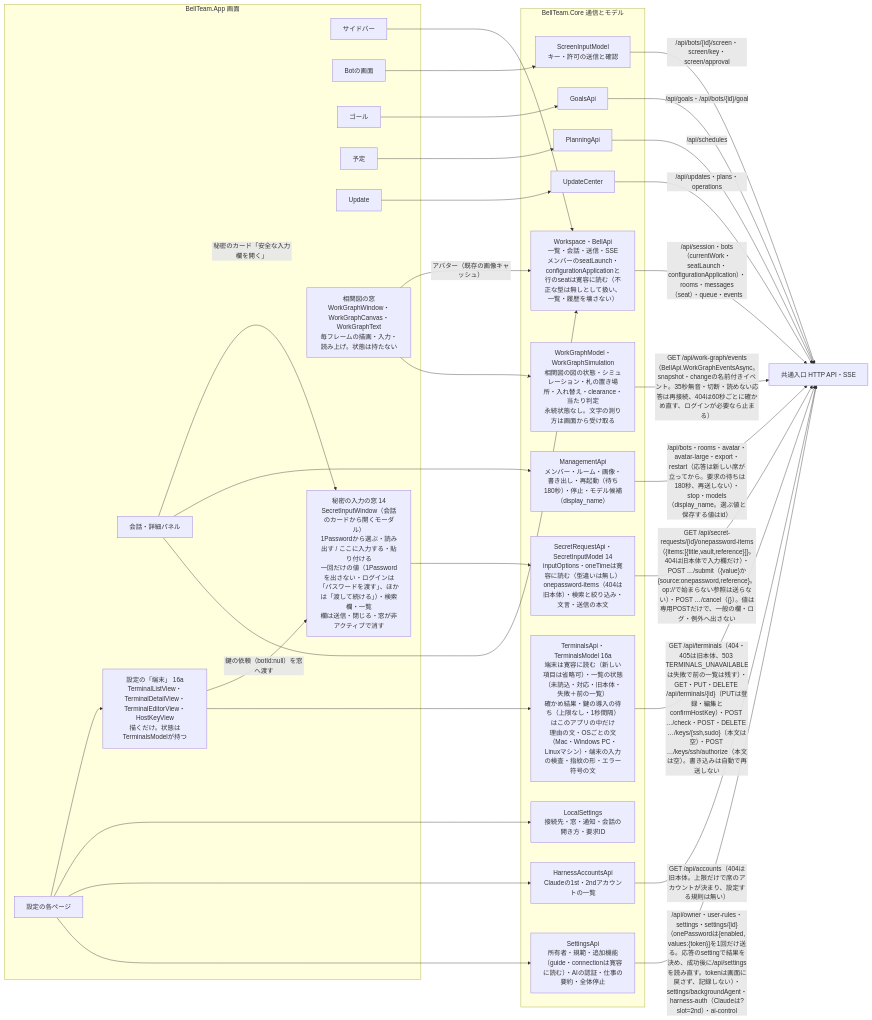
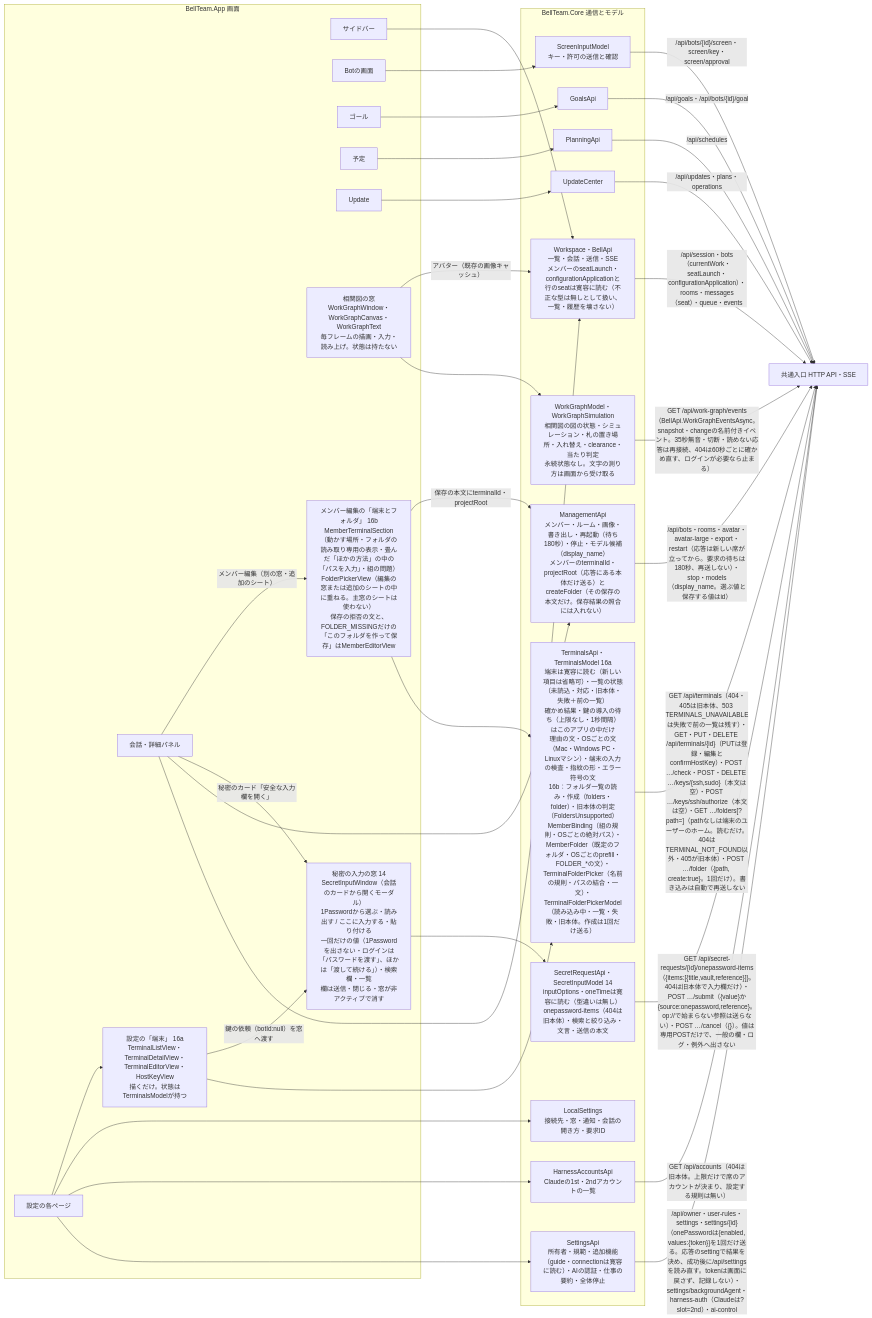
Before and after one commit to kitepon/BellTeam: the fourth of 6 diagrams in docs/windows-architecture.md, drawn with Mermaid. The commit also changed other lines of this file and 29 other files, not shown here.

First line of the commit message:
Windows: member editor 端末とフォルダ and the folder picker sheet (W-MAC row 16b)

````diff
--- a/docs/windows-architecture.md
+++ b/docs/windows-architecture.md
@@ -83,57 +83,61 @@
 ```mermaid
 flowchart LR
   subgraph App[BellTeam.App 画面]
     A1[サイドバー]
     A2[会話・詳細パネル]
     A3[Botの画面]
     A4[ゴール]
     A5[予定]
     A6[設定の各ページ]
     A7[Update]
     A8[相関図の窓<br/>WorkGraphWindow・WorkGraphCanvas・WorkGraphText<br/>毎フレームの描画・入力・読み上げ。状態は持たない]
     A9[秘密の入力の窓 14<br/>SecretInputWindow（会話のカードから開くモーダル）<br/>1Passwordから選ぶ・読み出す / ここに入力する・貼り付ける<br/>一回だけの値（1Passwordを出さない・ログインは「パスワードを渡す」、ほかは「渡して続ける」）・検索欄・一覧<br/>欄は送信・閉じる・窓が非アクティブで消す]
     A10[設定の「端末」 16a<br/>TerminalListView・TerminalDetailView・TerminalEditorView・HostKeyView<br/>描くだけ。状態はTerminalsModelが持つ]
+    A11[メンバー編集の「端末とフォルダ」 16b<br/>MemberTerminalSection（動かす場所・フォルダの読み取り専用の表示・畳んだ「ほかの方法」の中の「パスを入力」・組の問題）<br/>FolderPickerView（編集の窓または追加のシートの中に重ねる。主窓のシートは使わない）<br/>保存の拒否の文と、FOLDER_MISSINGだけの「このフォルダを作って保存」はMemberEditorView]
   end
   subgraph Core[BellTeam.Core 通信とモデル]
     C1[Workspace・BellApi<br/>一覧・会話・送信・SSE<br/>メンバーのseatLaunch・configurationApplicationと行のseatは寛容に読む（不正な型は無しとして扱い、一覧・履歴を壊さない）]
-    C2[ManagementApi<br/>メンバー・ルーム・画像・書き出し・再起動（待ち180秒）・停止・モデル候補（display_name）]
+    C2[ManagementApi<br/>メンバー・ルーム・画像・書き出し・再起動（待ち180秒）・停止・モデル候補（display_name）<br/>メンバーのterminalId・projectRoot（応答にある本体だけ送る）とcreateFolder（その保存の本文だけ。保存結果の照合には入れない）]
     C3[ScreenInputModel<br/>キー・許可の送信と確認]
     C4[GoalsApi]
     C5[PlanningApi]
     C6[SettingsApi<br/>所有者・規範・追加機能（guide・connectionは寛容に読む）・AIの認証・仕事の要約・全体停止]
     C9[HarnessAccountsApi<br/>Claudeの1st・2ndアカウントの一覧]
     C10[WorkGraphModel・WorkGraphSimulation<br/>相関図の図の状態・シミュレーション・札の置き場所・入れ替え・clearance・当たり判定<br/>永続状態なし。文字の測り方は画面から受け取る]
     C7[UpdateCenter]
     C8[LocalSettings<br/>接続先・窓・通知・会話の開き方・要求ID]
     C11[SecretRequestApi・SecretInputModel 14<br/>inputOptions・oneTimeは寛容に読む（型違いは無し）<br/>onepassword-items（404は旧本体）・検索と絞り込み・文言・送信の本文]
-    C12[TerminalsApi・TerminalsModel 16a<br/>端末は寛容に読む（新しい項目は省略可）・一覧の状態（未読込・対応・旧本体・失敗＋前の一覧）<br/>確かめ結果・鍵の導入の待ち（上限なし・1秒間隔）はこのアプリの中だけ<br/>理由の文・OSごとの文（Mac・Windows PC・Linuxマシン）・端末の入力の検査・指紋の形・エラー符号の文]
+    C12[TerminalsApi・TerminalsModel 16a<br/>端末は寛容に読む（新しい項目は省略可）・一覧の状態（未読込・対応・旧本体・失敗＋前の一覧）<br/>確かめ結果・鍵の導入の待ち（上限なし・1秒間隔）はこのアプリの中だけ<br/>理由の文・OSごとの文（Mac・Windows PC・Linuxマシン）・端末の入力の検査・指紋の形・エラー符号の文<br/>16b：フォルダ一覧の読み・作成（folders・folder）・旧本体の判定（FoldersUnsupported）<br/>MemberBinding（組の規則・OSごとの絶対パス）・MemberFolder（既定のフォルダ・OSごとのprefill・FOLDER_*の文）・TerminalFolderPicker（名前の規則・パスの結合・一文）・TerminalFolderPickerModel（読み込み中・一覧・失敗・旧本体。作成は1回だけ送る）]
   end
   A1 --> C1
   A2 --> C1
   A2 --> C2
   A3 --> C3
   A4 --> C4
   A5 --> C5
   A6 --> C6
   A6 --> C9
   A6 --> C8
   A7 --> C7
   A8 --> C10
   A2 -->|"秘密のカード「安全な入力欄を開く」"| A9
   A9 --> C11
   A6 --> A10
   A10 --> C12
+  A2 -->|"メンバー編集（別の窓・追加のシート）"| A11
+  A11 --> C12
+  A11 -->|"保存の本文にterminalId・projectRoot"| C2
   A10 -->|"鍵の依頼（botId:null）を窓へ渡す"| A9
   A8 -->|"アバター（既存の画像キャッシュ）"| C1
   C1 -->|"/api/session・bots（currentWork・seatLaunch・configurationApplication）・rooms・messages（seat）・queue・events"| API[共通入口 HTTP API・SSE]
   C2 -->|"/api/bots・rooms・avatar・avatar-large・export・restart（応答は新しい席が立ってから。要求の待ちは180秒、再送しない）・stop・models（display_name。選ぶ値と保存する値はid）"| API
   C3 -->|"/api/bots/{id}/screen・screen/key・screen/approval"| API
   C4 -->|"/api/goals・/api/bots/{id}/goal"| API
   C5 -->|"/api/schedules"| API
   C6 -->|"/api/owner・user-rules・settings・settings/{id}（onePasswordは{enabled, values:{token}}を1回だけ送る。応答のsettingで結果を決め、成功後に/api/settingsを読み直す。tokenは画面に戻さず、記録しない）・settings/backgroundAgent・harness-auth（Claudeは?slot=2nd）・ai-control"| API
   C7 -->|"/api/updates・plans・operations"| API
   C9 -->|"GET /api/accounts（404は旧本体。上限だけで席のアカウントが決まり、設定する規則は無い）"| API
   C10 -->|"GET /api/work-graph/events（BellApi.WorkGraphEventsAsync。snapshot・changeの名前付きイベント。35秒無音・切断・読めない応答は再接続、404は60秒ごとに確かめ直す、ログインが必要なら止まる）"| API
   C11 -->|"GET /api/secret-requests/{id}/onepassword-items（{items:[{title,vault,reference}]}。404は旧本体で入力欄だけ）・POST …/submit（{value}か{source:onepassword,reference}。op://で始まらない参照は送らない）・POST …/cancel（{}）。値は専用POSTだけで、一般の欄・ログ・例外へ出さない"| API
-  C12 -->|"GET /api/terminals（404・405は旧本体、503 TERMINALS_UNAVAILABLEは失敗で前の一覧は残す）・GET・PUT・DELETE /api/terminals/{id}（PUTは登録・編集とconfirmHostKey）・POST …/check・POST・DELETE …/keys/{ssh,sudo}（本文は空）・POST …/keys/ssh/authorize（本文は空）。書き込みは自動で再送しない"| API
+  C12 -->|"GET /api/terminals（404・405は旧本体、503 TERMINALS_UNAVAILABLEは失敗で前の一覧は残す）・GET・PUT・DELETE /api/terminals/{id}（PUTは登録・編集とconfirmHostKey）・POST …/check・POST・DELETE …/keys/{ssh,sudo}（本文は空）・POST …/keys/ssh/authorize（本文は空）・GET …/folders[?path=]（pathなしは端末のユーザーのホーム。読むだけ。404はTERMINAL_NOT_FOUND以外・405が旧本体）・POST …/folder（{path, create:true}。1回だけ）。書き込みは自動で再送しない"| API
 ```
````
